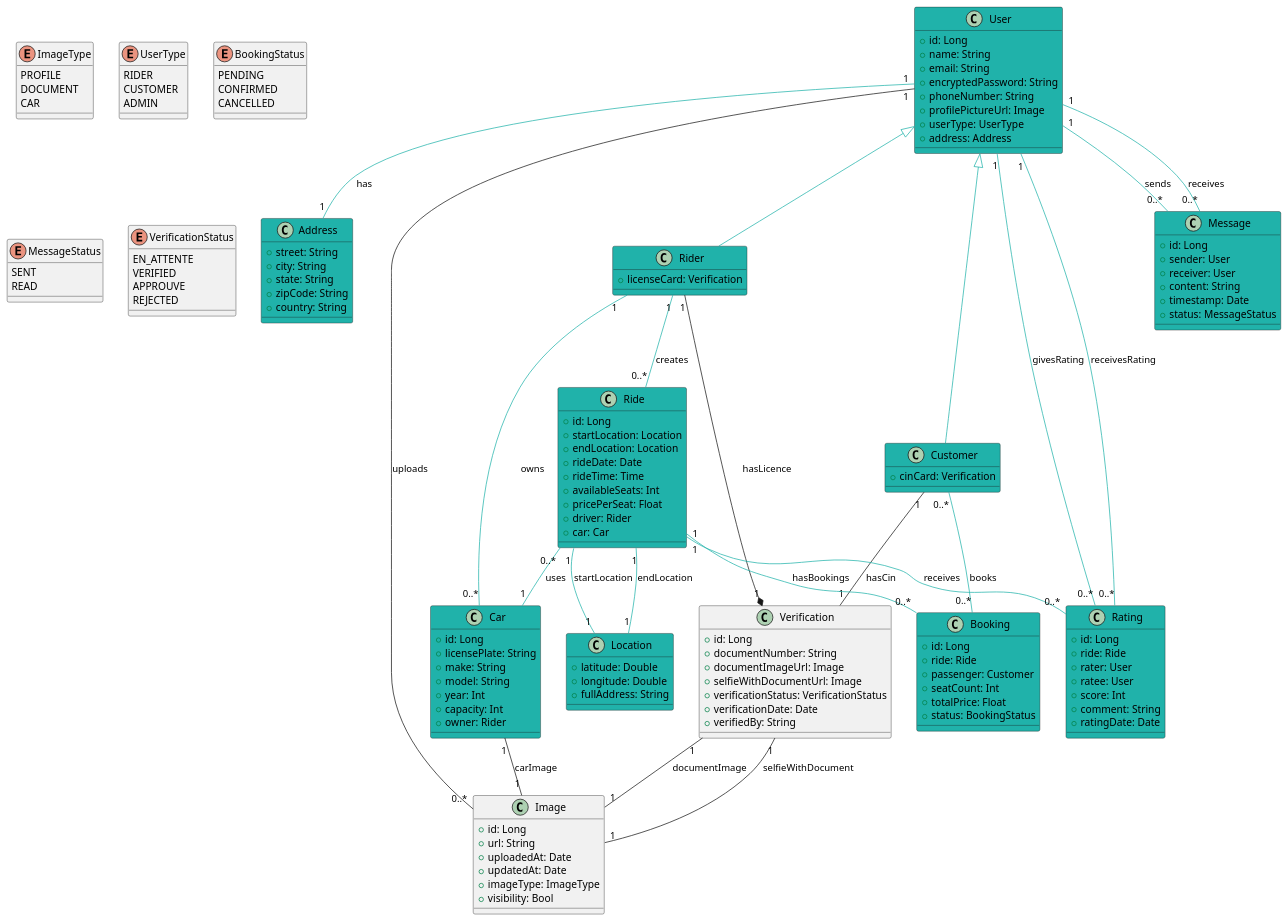
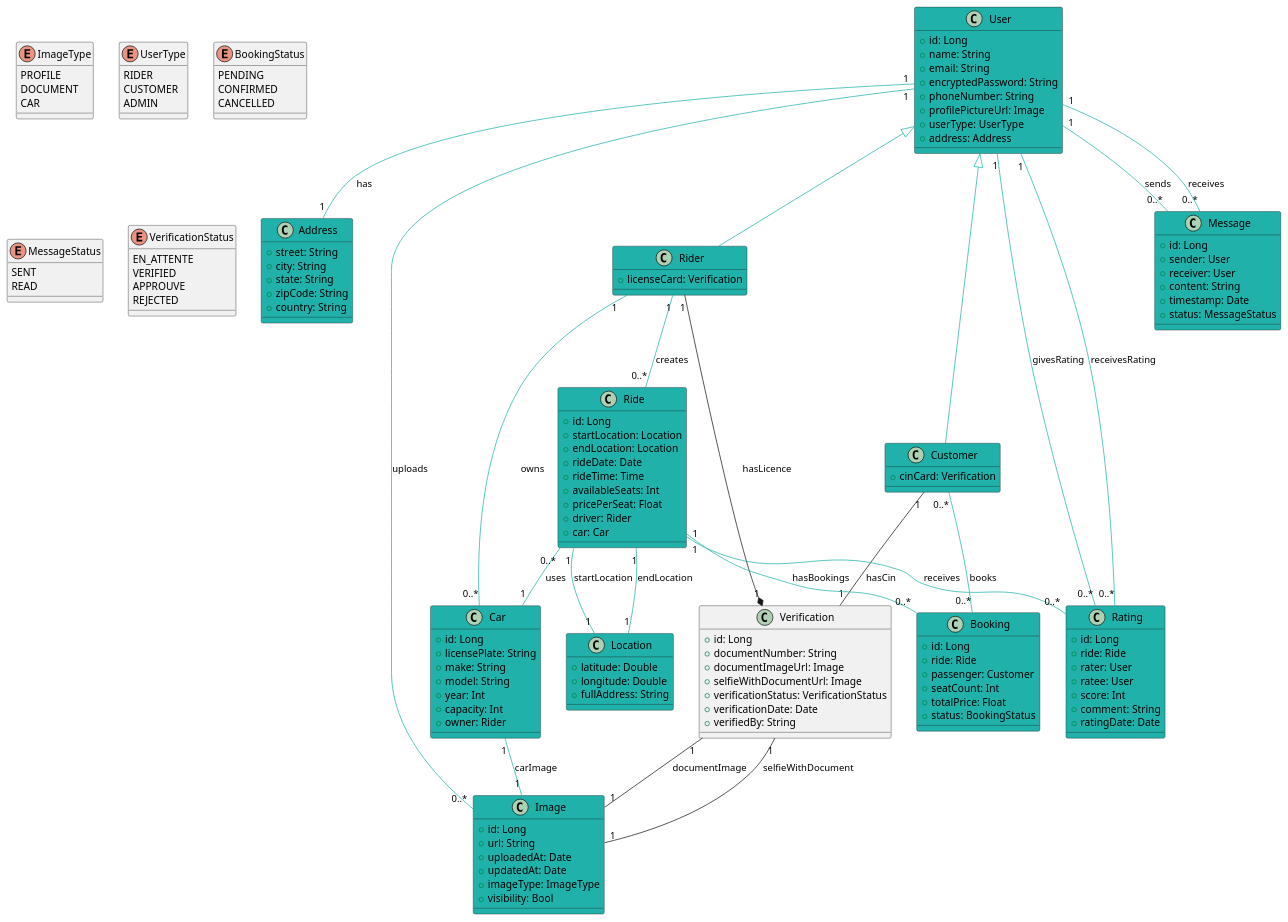
The diagram in MyRide.plantuml (Mk-1000/my-ride-api), drawn with PlantUML before and after one commit. The commit also changed 14 other files, not shown here.

```diff
--- a/MyRide.plantuml
+++ b/MyRide.plantuml
@@ -1,163 +1,163 @@
 @startuml
 class User #LightSeaGreen {
   +id: Long
   +name: String
   +email: String
   +encryptedPassword: String
   +phoneNumber: String
   +profilePictureUrl: Image
   +userType: UserType
   +address: Address
 }
 
 class Address #LightSeaGreen {
   +street: String
   +city: String
   +state: String
   +zipCode: String
   +country: String
 }
 
 class Location #LightSeaGreen {
   +latitude: Double
   +longitude: Double
   +fullAddress: String
 }
 
 class Rider #LightSeaGreen {
   +licenseCard: Verification
 }
 
 class Verification {
   +id: Long
   +documentNumber: String
   +documentImageUrl: Image
   +selfieWithDocumentUrl: Image
   +verificationStatus: VerificationStatus
   +verificationDate: Date
   +verifiedBy: String
 }
 
 class Customer #LightSeaGreen{
     +cinCard: Verification
 }
 
 class Car #LightSeaGreen{
   +id: Long
   +licensePlate: String
   +make: String
   +model: String
   +year: Int
   +capacity: Int
   +owner: Rider
 }
 
 class Ride #LightSeaGreen {
   +id: Long
   +startLocation: Location
   +endLocation: Location
   +rideDate: Date
   +rideTime: Time
   +availableSeats: Int
   +pricePerSeat: Float
   +driver: Rider
   +car: Car
 }
 
 class Booking #LightSeaGreen {
   +id: Long
   +ride: Ride
   +passenger: Customer
   +seatCount: Int
   +totalPrice: Float
   +status: BookingStatus
 }
 
 class Rating #LightSeaGreen {
   +id: Long
   +ride: Ride
   +rater: User
   +ratee: User
   +score: Int
   +comment: String
   +ratingDate: Date
 }
 
 class Message #LightSeaGreen {
   +id: Long
   +sender: User
   +receiver: User
   +content: String
   +timestamp: Date
   +status: MessageStatus
 }
 
-class Image {
+class Image #LightSeaGreen {
   +id: Long
   +url: String
   +uploadedAt: Date
   +updatedAt: Date
   +imageType: ImageType
   +visibility: Bool
 }
 
 enum ImageType {
   PROFILE
   DOCUMENT
   CAR
 }
 
 enum UserType {
   RIDER
   CUSTOMER
   ADMIN
 }
 
 enum BookingStatus {
   PENDING
   CONFIRMED
   CANCELLED
 }
 
 enum MessageStatus {
   SENT
   READ
 }
 
 ' Waiting for verification (initial state)
 ' Good detection by AI (automated status)
 ' Final approval by support team
 ' Rejected by support team or failed AI verification
 
 enum VerificationStatus {
   EN_ATTENTE
   VERIFIED
   APPROUVE
   REJECTED
 }
 
 ' Relationships
 Customer "1" -- "1" Verification: hasCin
 Rider "1" --* "1" Verification : hasLicence
 User "1" -- "1" Address #LightSeaGreen: has
 
-User "1" -- "0..*" Image: uploads
-Car "1" -- "1" Image: carImage
+User "1" -- "0..*" Image #LightSeaGreen : uploads
+Car "1" -- "1" Image #LightSeaGreen : carImage
 Verification "1" -- "1" Image: documentImage
 Verification "1" -- "1" Image: selfieWithDocument
 
 User <|-- Rider #LightSeaGreen
 User <|-- Customer #LightSeaGreen
 Rider "1" -- "0..*" Car #LightSeaGreen : owns
 Rider "1" -- "0..*" Ride #LightSeaGreen : creates 
 Ride "0..*" -- "1" Car #LightSeaGreen : uses
 Ride "1" -- "0..*" Booking #LightSeaGreen : hasBookings
 Customer "0..*" -- "0..*" Booking #LightSeaGreen : books
 Ride "1" -- "0..*" Rating #LightSeaGreen : receives
 User "1" -- "0..*" Rating #LightSeaGreen : givesRating
 User "1" -- "0..*" Rating #LightSeaGreen : receivesRating
 User "1" -- "0..*" Message #LightSeaGreen : sends
 User "1" -- "0..*" Message #LightSeaGreen : receives
 Ride "1" -- "1" Location #LightSeaGreen : startLocation
 Ride "1" -- "1" Location #LightSeaGreen : endLocation
 @enduml
```
